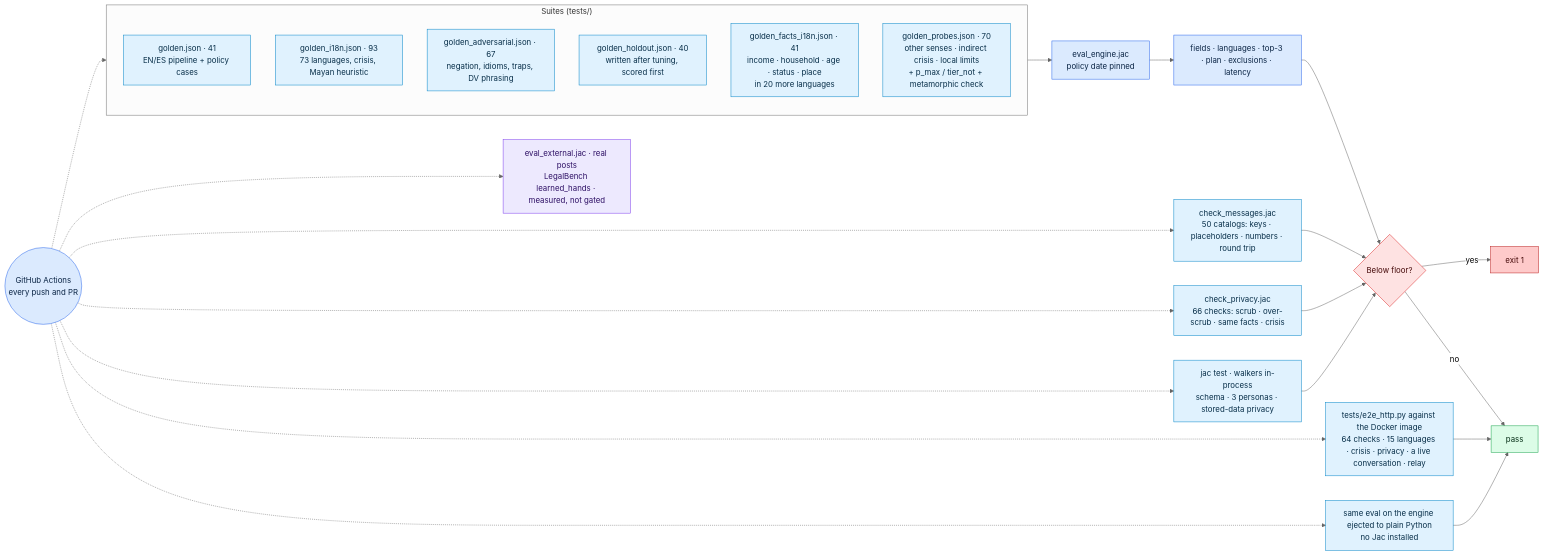
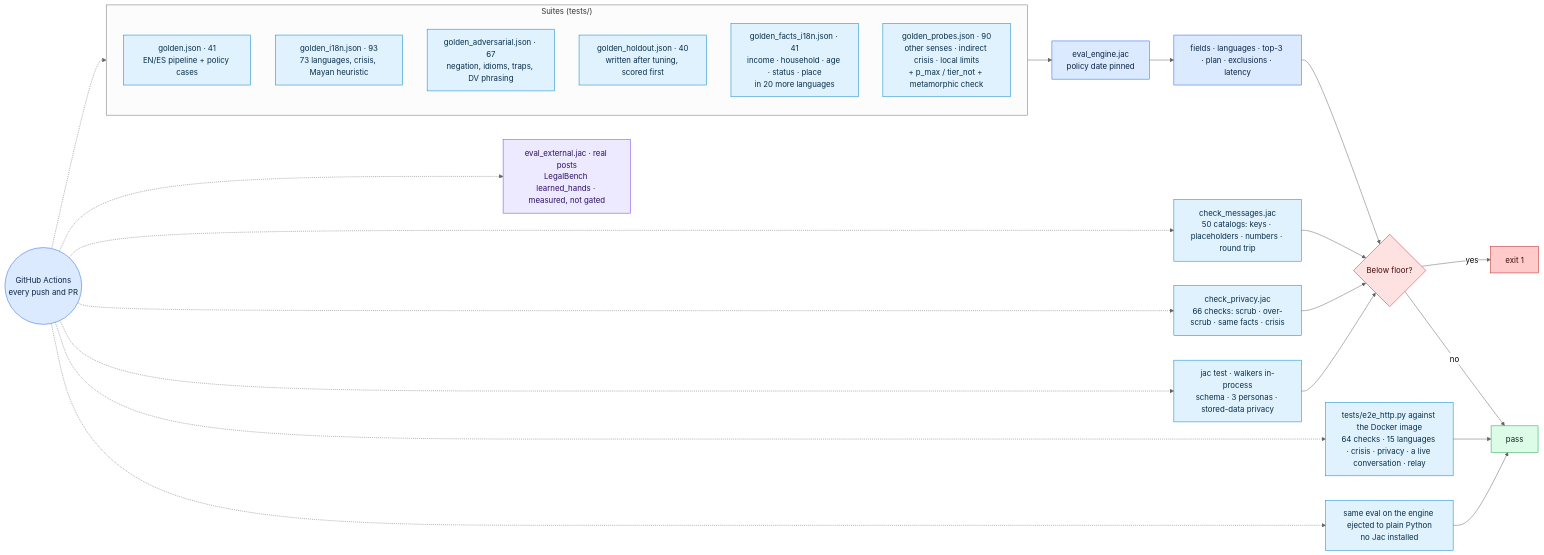
Diagram 11 of 11 in README.md (Anbu-00001/CivicMesh), drawn with Mermaid (neutral theme) before and after one commit. The commit also changed other lines of this file and 9 other files, not shown here.

````diff
--- a/README.md
+++ b/README.md
@@ -565,31 +565,31 @@
 ```mermaid
 flowchart LR
     subgraph S["Suites (tests/)"]
         direction TB
         G1[golden.json · 41<br/>EN/ES pipeline + policy cases]:::t
         G2[golden_i18n.json · 93<br/>73 languages, crisis, Mayan heuristic]:::t
         G3[golden_adversarial.json · 67<br/>negation, idioms, traps, DV phrasing]:::t
         G4[golden_holdout.json · 40<br/>written after tuning, scored first]:::t
         G5[golden_facts_i18n.json · 41<br/>income · household · age · status · place<br/>in 20 more languages]:::t
-        G6[golden_probes.json · 70<br/>other senses · indirect crisis · local limits<br/>+ p_max / tier_not + metamorphic check]:::t
+        G6[golden_probes.json · 90<br/>other senses · indirect crisis · local limits<br/>+ p_max / tier_not + metamorphic check]:::t
     end
     S --> EV[eval_engine.jac<br/>policy date pinned]:::det
     EV --> MX[fields · languages · top-3 · plan · exclusions · latency]:::det
     MX --> GATE{Below floor?}:::safety
     GATE -->|yes| FAIL[exit 1]:::bad
     GATE -->|no| PASS[pass]:::ok
     CM[check_messages.jac<br/>50 catalogs: keys · placeholders · numbers · round trip]:::t --> GATE
     PV[check_privacy.jac<br/>66 checks: scrub · over-scrub · same facts · crisis]:::t --> GATE
     WT[jac test · walkers in-process<br/>schema · 3 personas · stored-data privacy]:::t --> GATE
     E2E[tests/e2e_http.py against the Docker image<br/>64 checks · 15 languages · crisis · privacy · a live conversation · relay]:::t --> PASS
     PORT[same eval on the engine ejected to plain Python<br/>no Jac installed]:::t --> PASS
     EXT[eval_external.jac · real posts<br/>LegalBench learned_hands · measured, not gated]:::ext
     CI((GitHub Actions<br/>every push and PR)):::det -.-> S & CM & PV & WT & E2E & PORT & EXT
 
     classDef t fill:#e0f2fe,stroke:#0284c7,color:#082f49
     classDef det fill:#dbeafe,stroke:#2563eb,color:#0b2545
     classDef safety fill:#fee2e2,stroke:#dc2626,color:#450a0a
     classDef bad fill:#fecaca,stroke:#b91c1c,color:#450a0a
     classDef ok fill:#dcfce7,stroke:#16a34a,color:#052e16
     classDef ext fill:#ede9fe,stroke:#7c3aed,color:#2e1065
 ```
````
